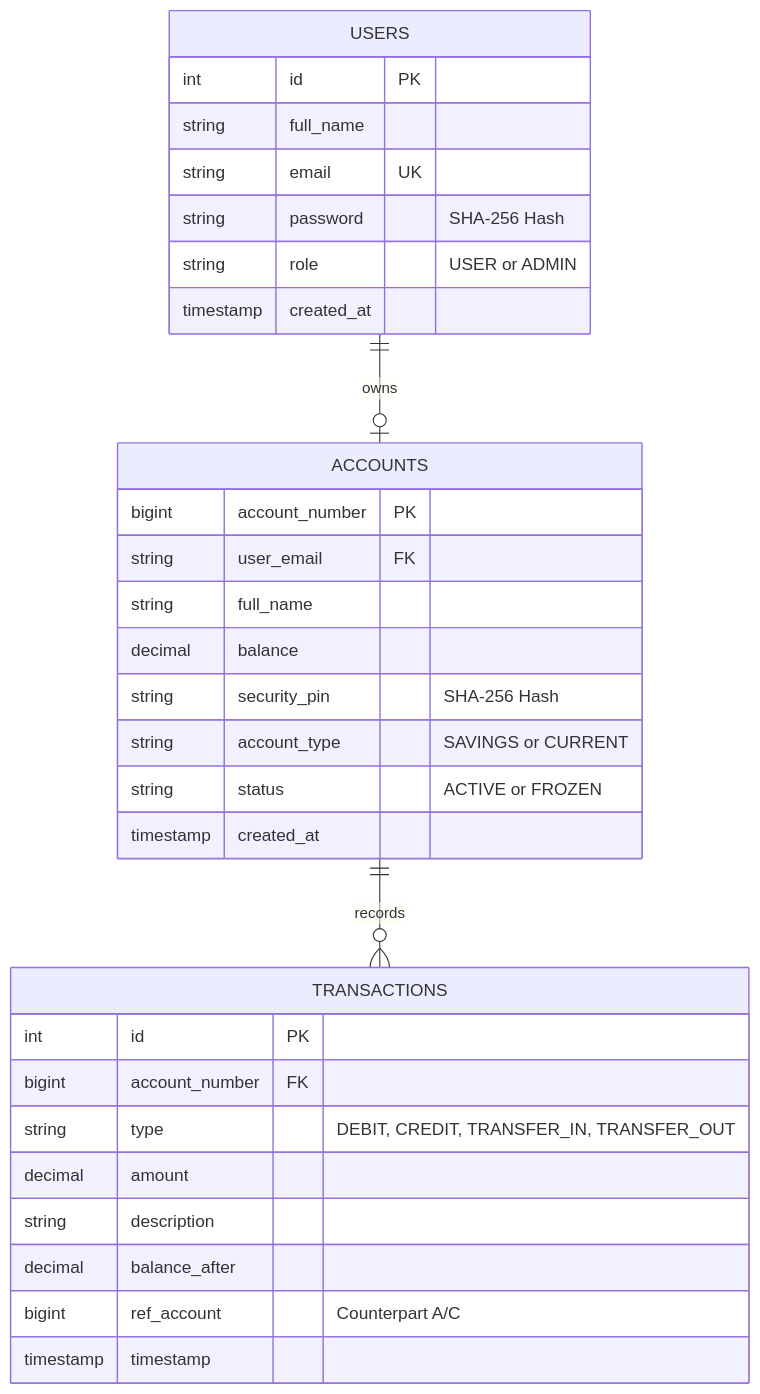
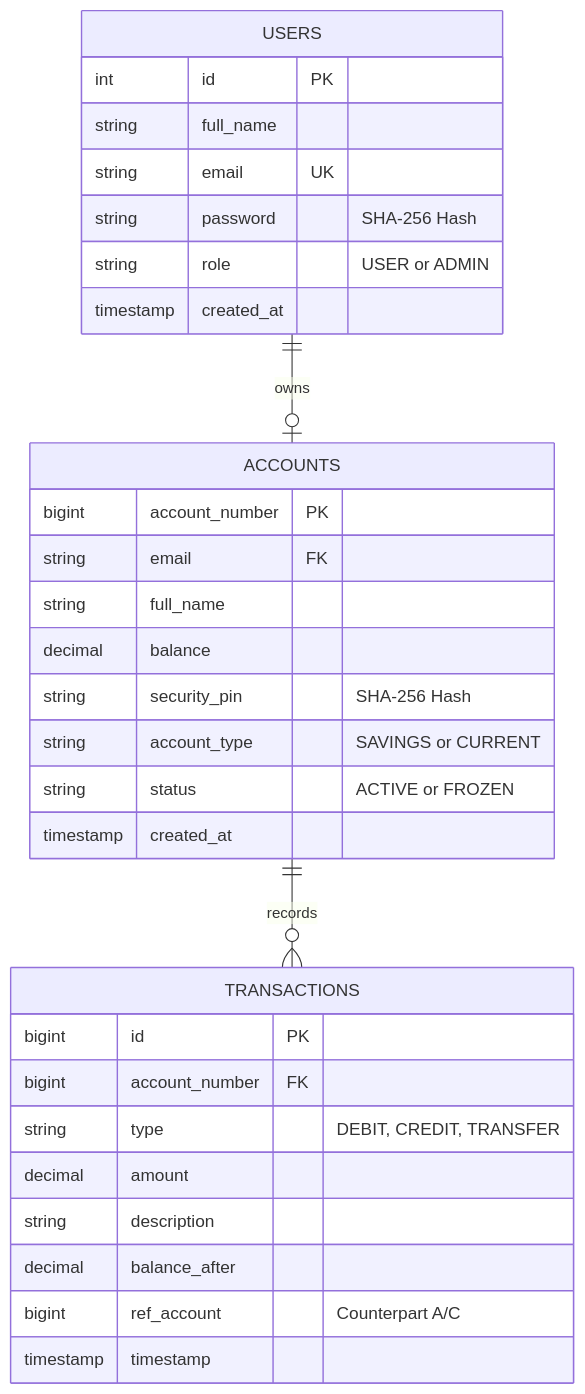
One commit to knoxiboy/Banking_System changed the diagram in README.md. Above: the diagram before and after it, drawn with Mermaid. The commit also changed other lines of this file and 16 other files, not shown here.

````diff
--- a/README.md
+++ b/README.md
@@ -91,36 +97,36 @@
 ```mermaid
 erDiagram
     USERS ||--o| ACCOUNTS : "owns"
     ACCOUNTS ||--o{ TRANSACTIONS : "records"
 
     USERS {
         int id PK
         string full_name
         string email UK
         string password "SHA-256 Hash"
         string role "USER or ADMIN"
         timestamp created_at
     }
 
     ACCOUNTS {
         bigint account_number PK
-        string user_email FK
+        string email FK
         string full_name
         decimal balance
         string security_pin "SHA-256 Hash"
         string account_type "SAVINGS or CURRENT"
         string status "ACTIVE or FROZEN"
         timestamp created_at
     }
 
     TRANSACTIONS {
-        int id PK
+        bigint id PK
         bigint account_number FK
-        string type "DEBIT, CREDIT, TRANSFER_IN, TRANSFER_OUT"
+        string type "DEBIT, CREDIT, TRANSFER"
         decimal amount
         string description
         decimal balance_after
         bigint ref_account "Counterpart A/C"
         timestamp timestamp
     }
 ```
````
